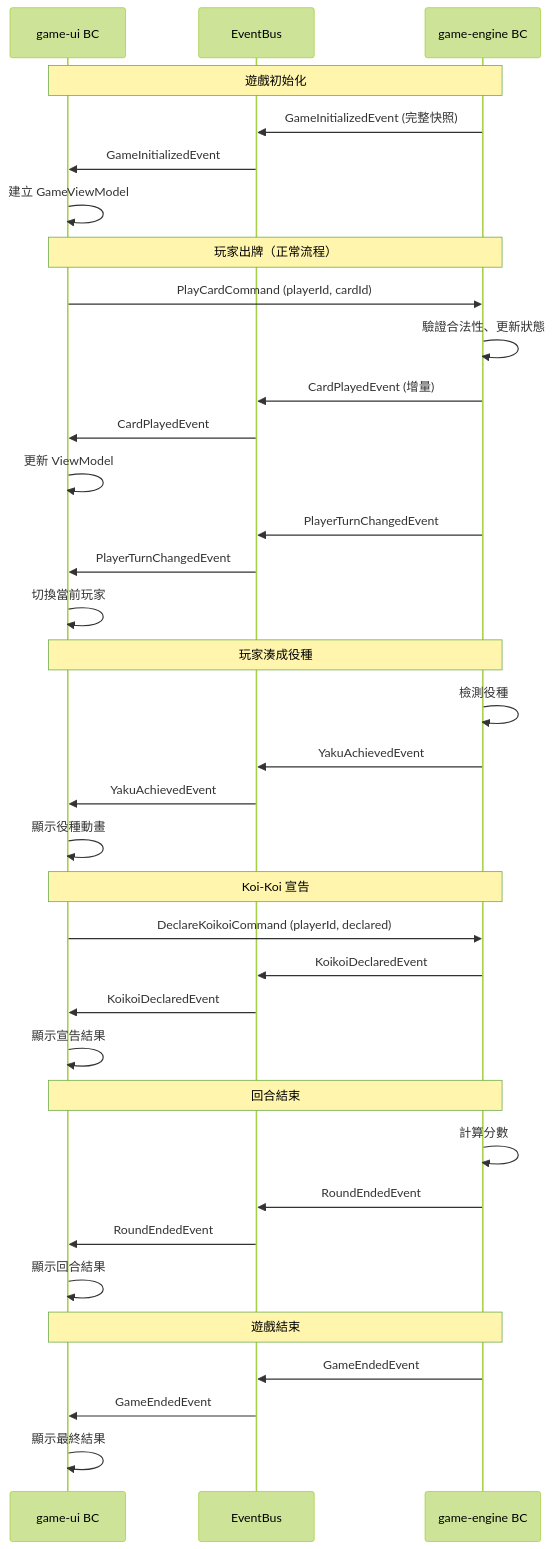
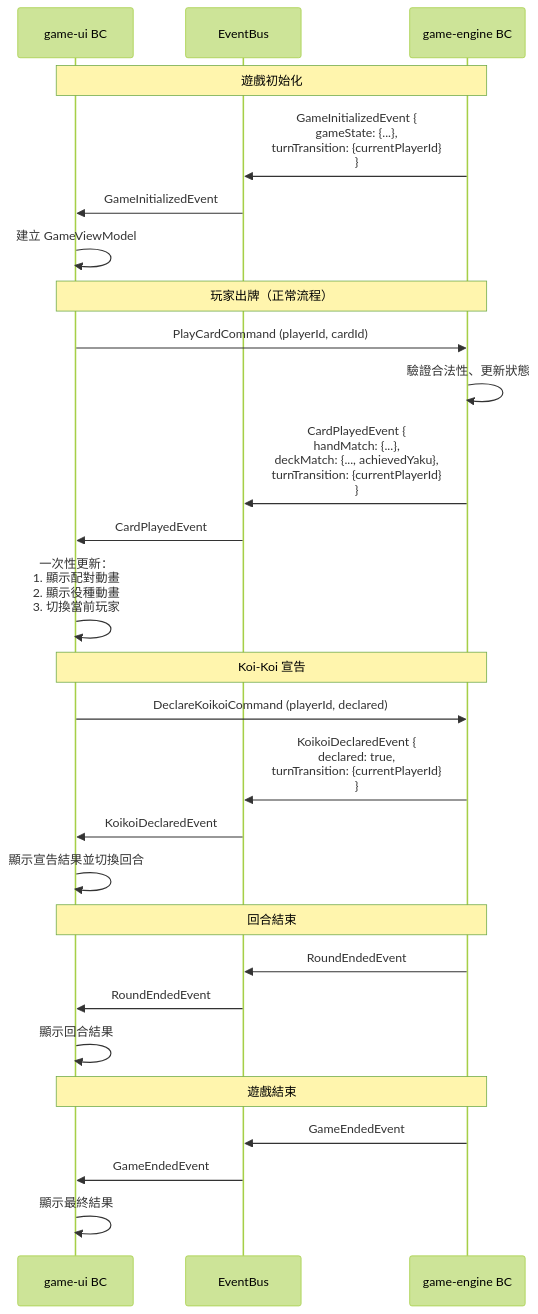
Before and after one commit to ychleo102615/hanahuda: the first of 9 diagrams in specs/001-game-ui-game/contracts/event-sequence-diagram.md, drawn with Mermaid (forest theme). The commit also changed other lines of this file and 4 other files, not shown here.

````diff
--- a/specs/001-game-ui-game/contracts/event-sequence-diagram.md
+++ b/specs/001-game-ui-game/contracts/event-sequence-diagram.md
@@ -9,45 +14,34 @@
 ```mermaid
 sequenceDiagram
     participant UI as game-ui BC
     participant Bus as EventBus
     participant Engine as game-engine BC
 
     Note over UI,Engine: 遊戲初始化
-    Engine->>Bus: GameInitializedEvent (完整快照)
+    Engine->>Bus: GameInitializedEvent {<br/>  gameState: {...},<br/>  turnTransition: {currentPlayerId}<br/>}
     Bus->>UI: GameInitializedEvent
     UI->>UI: 建立 GameViewModel
 
     Note over UI,Engine: 玩家出牌（正常流程）
     UI->>Engine: PlayCardCommand (playerId, cardId)
     Engine->>Engine: 驗證合法性、更新狀態
-    Engine->>Bus: CardPlayedEvent (增量)
+    Engine->>Bus: CardPlayedEvent {<br/>  handMatch: {...},<br/>  deckMatch: {..., achievedYaku},<br/>  turnTransition: {currentPlayerId}<br/>}
     Bus->>UI: CardPlayedEvent
-    UI->>UI: 更新 ViewModel
-
-    Engine->>Bus: PlayerTurnChangedEvent
-    Bus->>UI: PlayerTurnChangedEvent
-    UI->>UI: 切換當前玩家
-
-    Note over UI,Engine: 玩家湊成役種
-    Engine->>Engine: 檢測役種
-    Engine->>Bus: YakuAchievedEvent
-    Bus->>UI: YakuAchievedEvent
-    UI->>UI: 顯示役種動畫
+    UI->>UI: 一次性更新：<br/>1. 顯示配對動畫<br/>2. 顯示役種動畫<br/>3. 切換當前玩家
 
     Note over UI,Engine: Koi-Koi 宣告
     UI->>Engine: DeclareKoikoiCommand (playerId, declared)
-    Engine->>Bus: KoikoiDeclaredEvent
+    Engine->>Bus: KoikoiDeclaredEvent {<br/>  declared: true,<br/>  turnTransition: {currentPlayerId}<br/>}
     Bus->>UI: KoikoiDeclaredEvent
-    UI->>UI: 顯示宣告結果
+    UI->>UI: 顯示宣告結果並切換回合
 
     Note over UI,Engine: 回合結束
-    Engine->>Engine: 計算分數
     Engine->>Bus: RoundEndedEvent
     Bus->>UI: RoundEndedEvent
     UI->>UI: 顯示回合結果
 
     Note over UI,Engine: 遊戲結束
     Engine->>Bus: GameEndedEvent
     Bus->>UI: GameEndedEvent
     UI->>UI: 顯示最終結果
 ```
````
